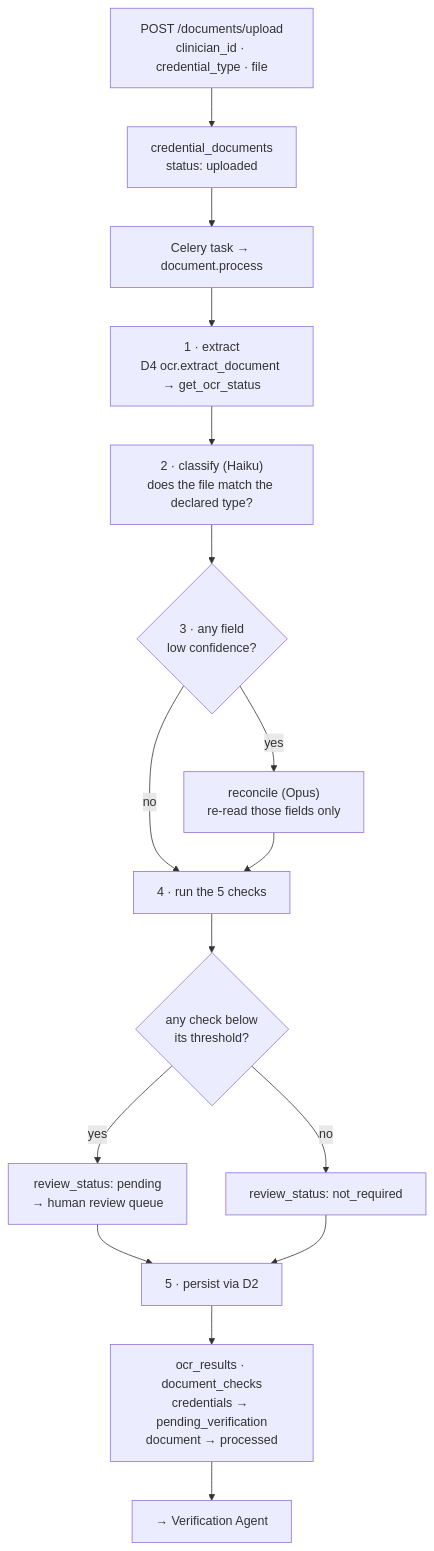
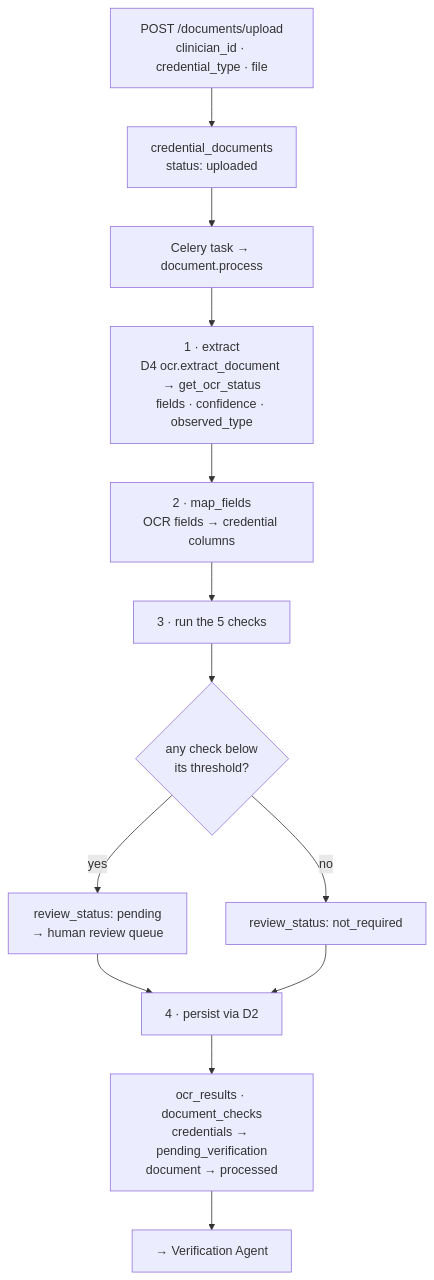
Before and after one commit to PratikKamble99/FDE_POC_FE: the second of 6 diagrams in docs/AGENTS.md, drawn with Mermaid. The commit also changed other lines of this file and 28 other files, not shown here.

````diff
--- a/docs/AGENTS.md
+++ b/docs/AGENTS.md
@@ -66,19 +66,16 @@
 ```mermaid
 flowchart TD
     U["POST /documents/upload<br/>clinician_id · credential_type · file"] --> D1["credential_documents<br/>status: uploaded"]
     D1 --> T["Celery task → document.process"]
 
-    T --> E["1 · extract<br/>D4 ocr.extract_document → get_ocr_status"]
-    E --> C["2 · classify (Haiku)<br/>does the file match the declared type?"]
-    C --> R{"3 · any field<br/>low confidence?"}
-    R -- yes --> RC["reconcile (Opus)<br/>re-read those fields only"]
-    R -- no --> CK["4 · run the 5 checks"]
-    RC --> CK
+    T --> E["1 · extract<br/>D4 ocr.extract_document → get_ocr_status<br/>fields · confidence · observed_type"]
+    E --> M["2 · map_fields<br/>OCR fields → credential columns"]
+    M --> CK["3 · run the 5 checks"]
     CK --> S{"any check below<br/>its threshold?"}
     S -- yes --> PEND["review_status: pending<br/>→ human review queue"]
     S -- no --> OK["review_status: not_required"]
-    PEND --> W["5 · persist via D2"]
+    PEND --> W["4 · persist via D2"]
     OK --> W
     W --> OUT["ocr_results · document_checks<br/>credentials → pending_verification<br/>document → processed"]
     OUT --> V["→ Verification Agent"]
 ```
````
